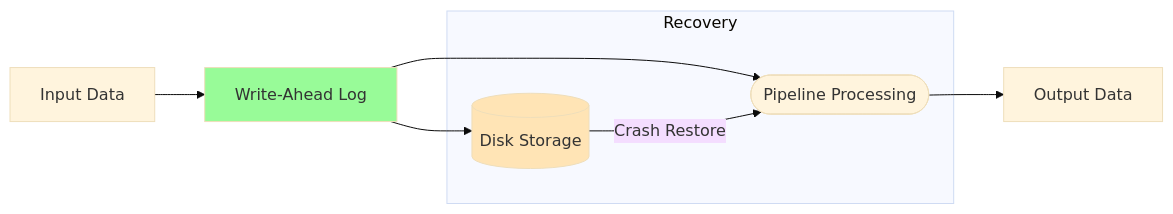
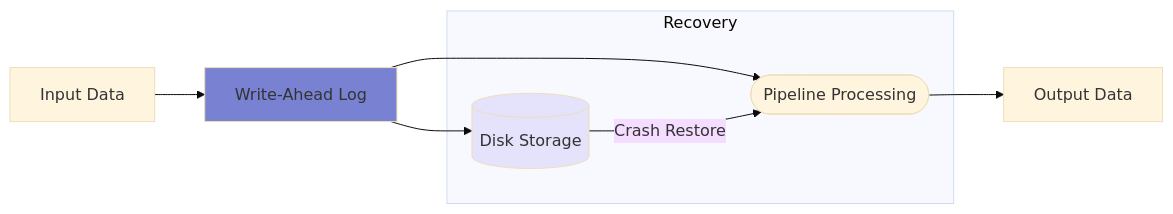
One commit to VirtualMetric/virtualmetric-docs changed the third of 8 diagrams in docs/features.mdx. Above: the diagram before and after it, drawn with Mermaid (base theme). The commit also changed other lines of this file and 1 other file, not shown here.

````diff
--- a/docs/features.mdx
+++ b/docs/features.mdx
@@ -108,14 +110,14 @@
 ```mermaid
 flowchart LR
     Input[Input Data] --> WAL[Write-Ahead Log]
     WAL --> Disk[(Disk Storage)]
     WAL --> Pipeline([Pipeline Processing])
     Pipeline --> Output[Output Data]
     
     subgraph Recovery
         Disk --> |Crash Restore| Pipeline
     end
     
-    style WAL fill:#98FB98
-    style Disk fill:#FFE4B5
+    style WAL fill:#7982D2
+    style Disk fill:#E5E2FB
 ```
````
